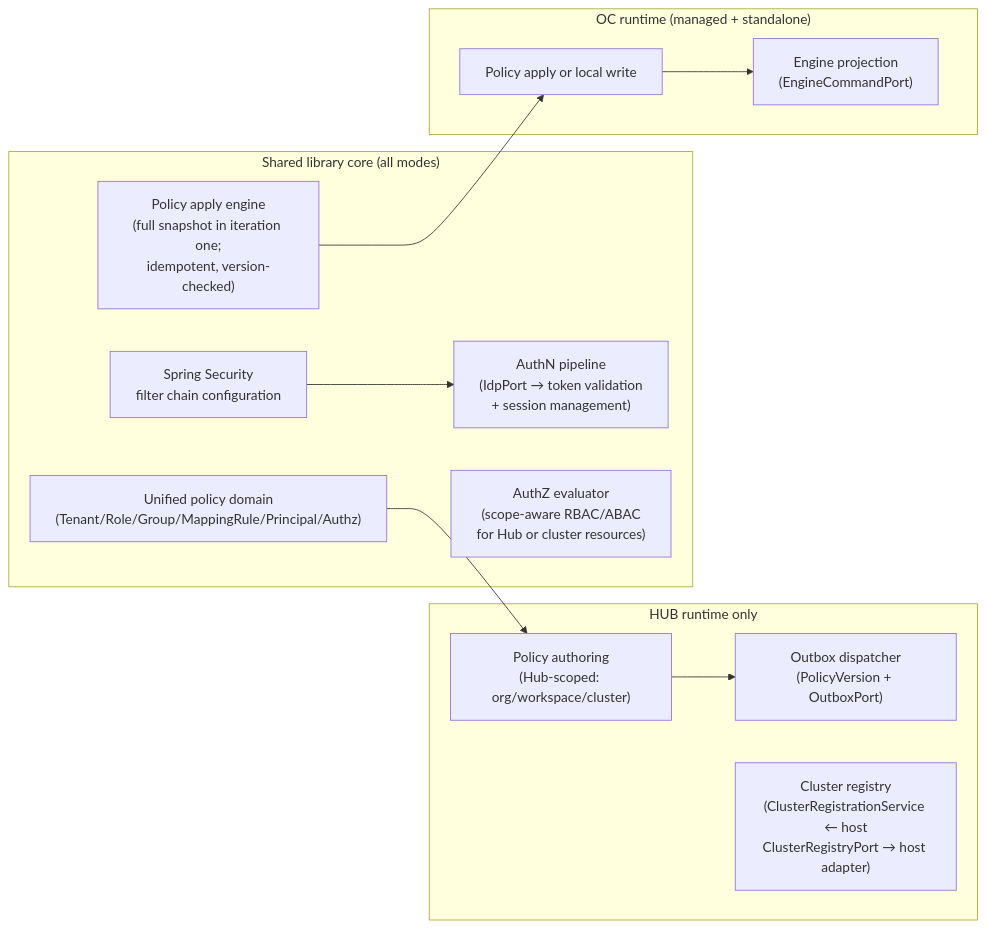
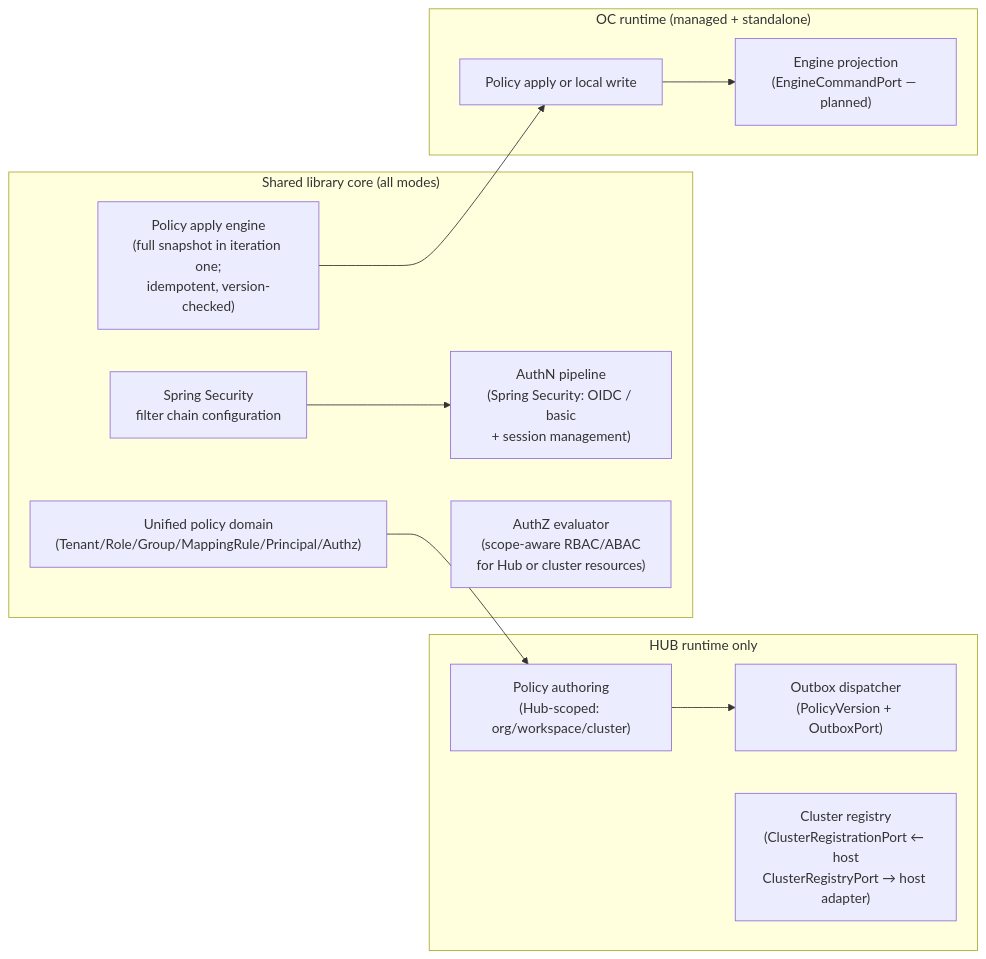
Before and after one commit to camunda/camunda-security-library: the fifth of 8 diagrams in docs/architecture/05-building-block-view.md, drawn with Mermaid. The commit also changed other lines of this file and 15 other files, not shown here.

First line of the commit message:
docs: update arc42 architecture docs to reflect built CSL

````diff
--- a/docs/architecture/05-building-block-view.md
+++ b/docs/architecture/05-building-block-view.md
@@ -518,28 +551,28 @@
 ```mermaid
 flowchart LR
   subgraph SharedCore["Shared library core (all modes)"]
     SpringSec["Spring Security<br>filter chain configuration"]
-    AuthN["AuthN pipeline<br>(IdpPort → token validation<br>+ session management)"]
+    AuthN["AuthN pipeline<br>(Spring Security: OIDC / basic<br>+ session management)"]
     AuthZ["AuthZ evaluator<br>(scope-aware RBAC/ABAC<br>for Hub or cluster resources)"]
     Domain["Unified policy domain<br>(Tenant/Role/Group/MappingRule/Principal/Authz)"]
     Apply["Policy apply engine<br>(full snapshot in iteration one;<br>idempotent, version-checked)"]
 
     SpringSec --> AuthN
   end
 
   subgraph HubRuntime["HUB runtime only"]
     HubAuthoring["Policy authoring<br>(Hub-scoped: org/workspace/cluster)"]
     HubOutbox["Outbox dispatcher<br>(PolicyVersion + OutboxPort)"]
-    HubCluster["Cluster registry<br>(ClusterRegistrationService ← host<br>ClusterRegistryPort → host adapter)"]
+    HubCluster["Cluster registry<br>(ClusterRegistrationPort ← host<br>ClusterRegistryPort → host adapter)"]
     HubAuthoring --> HubOutbox
   end
 
   subgraph OcRuntime["OC runtime (managed + standalone)"]
     OcWrite["Policy apply or local write"]
-    OcProject["Engine projection<br>(EngineCommandPort)"]
+    OcProject["Engine projection<br>(EngineCommandPort — planned)"]
     OcWrite --> OcProject
   end
 
   Domain --> HubAuthoring
   Apply --> OcWrite
 ```
````
